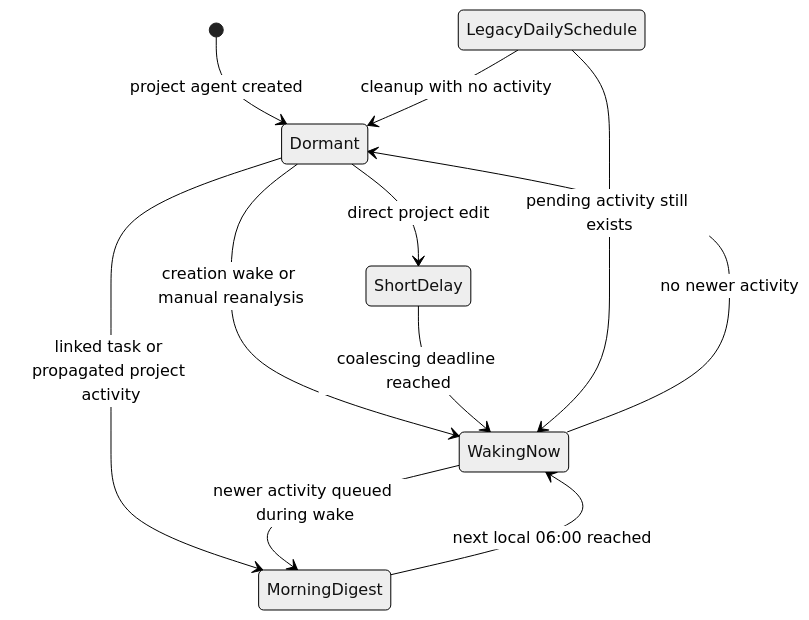
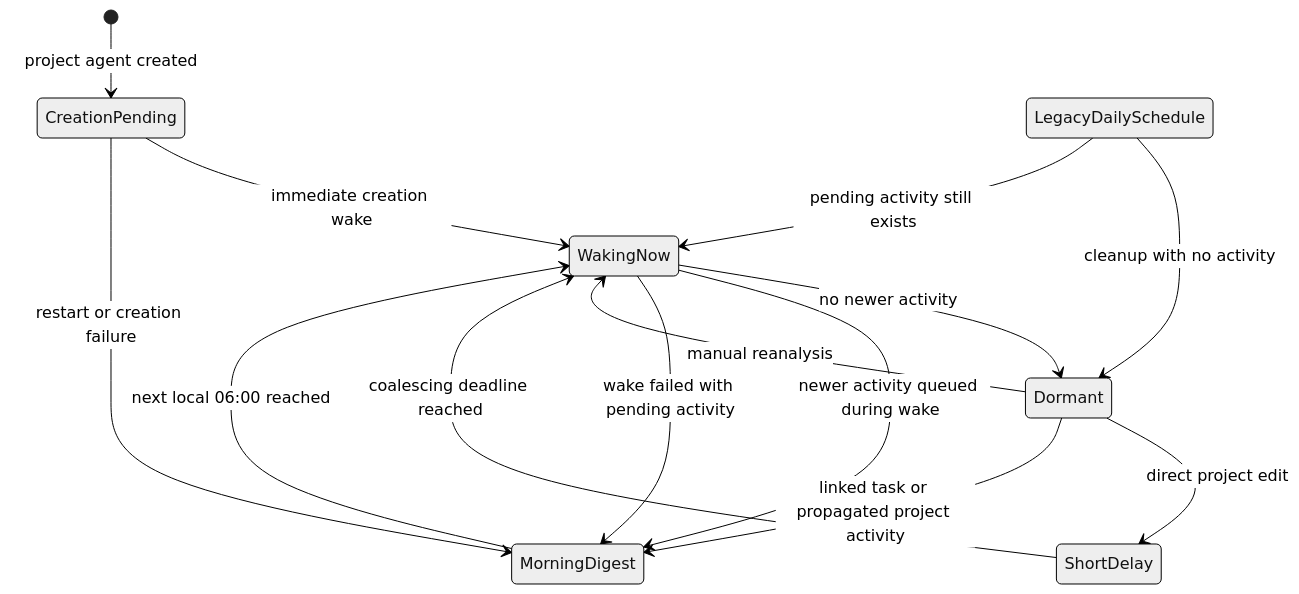
Before and after one commit to matthiasn/lotti: the first of 2 diagrams in knowledge/features/agents/project-and-event-agents.md, drawn with Mermaid (neutral theme). The commit also changed other lines of this file and 11 other files, not shown here.

Commit message:
fix: preserve pending project agent wakes

````diff
--- a/knowledge/features/agents/project-and-event-agents.md
+++ b/knowledge/features/agents/project-and-event-agents.md
@@ -81,13 +80,16 @@
 ```mermaid
 stateDiagram-v2
-  [*] --> Dormant: project agent created
-  Dormant --> WakingNow: creation wake or manual reanalysis
+  [*] --> CreationPending: project agent created
+  CreationPending --> WakingNow: immediate creation wake
+  CreationPending --> MorningDigest: restart or creation failure
+  Dormant --> WakingNow: manual reanalysis
   Dormant --> ShortDelay: direct project edit
   Dormant --> MorningDigest: linked task or propagated project activity
   ShortDelay --> WakingNow: coalescing deadline reached
   MorningDigest --> WakingNow: next local 06:00 reached
   WakingNow --> Dormant: no newer activity
   WakingNow --> MorningDigest: newer activity queued during wake
+  WakingNow --> MorningDigest: wake failed with pending activity
   LegacyDailySchedule --> Dormant: cleanup with no activity
   LegacyDailySchedule --> WakingNow: pending activity still exists
 ```
````
